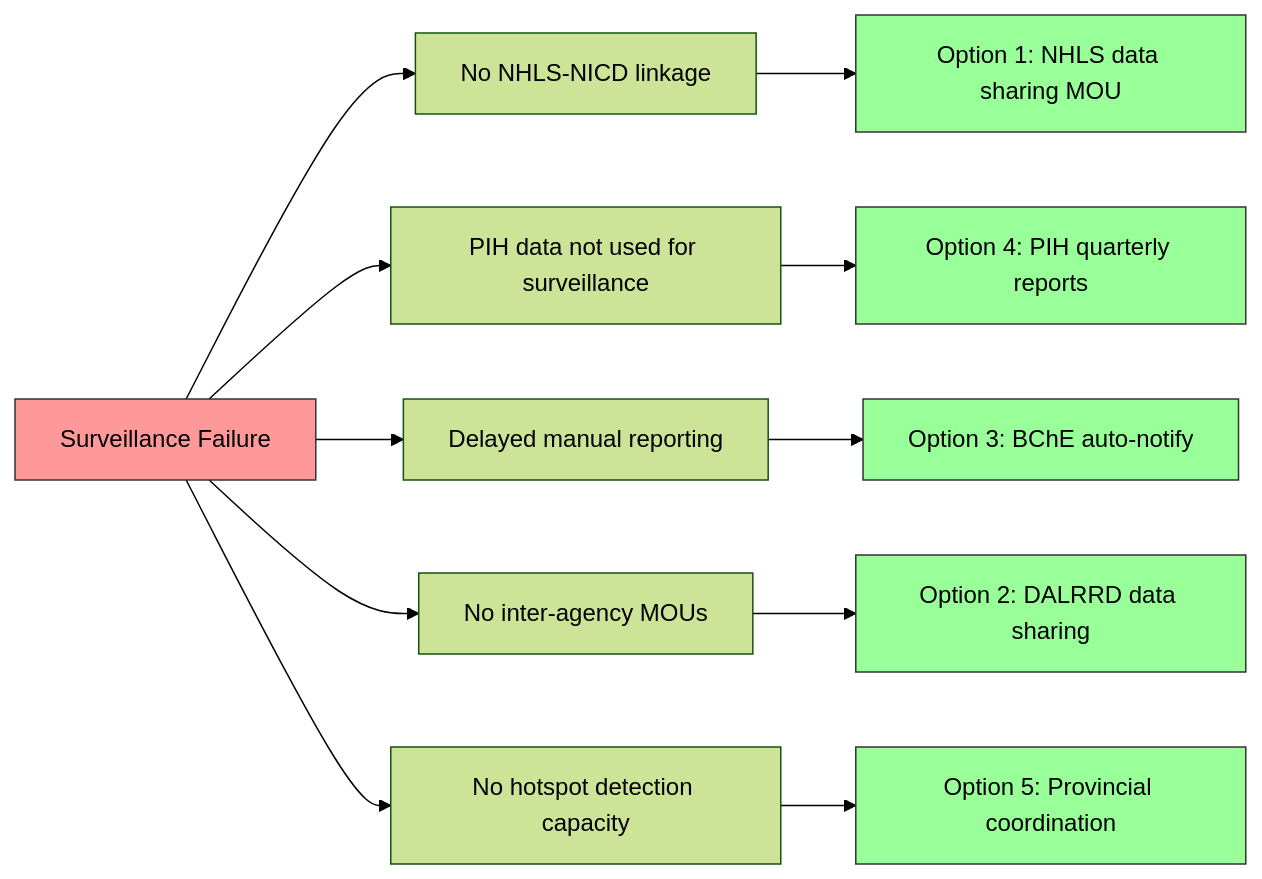
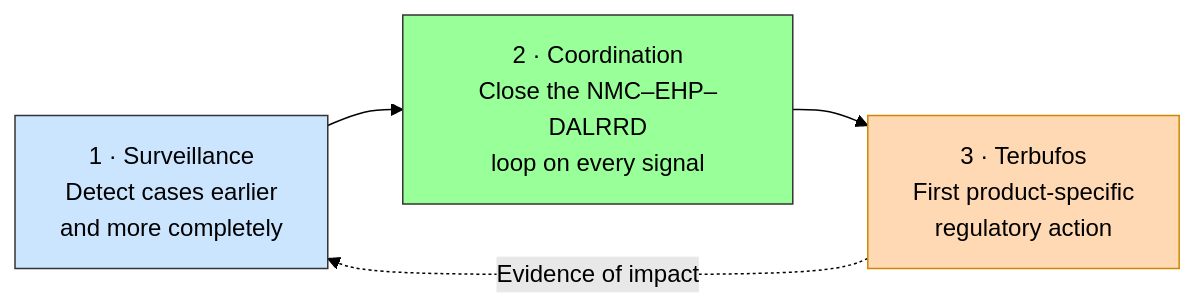
The diagram in posts/policy_brief.qmd (bridaybrummer/D2P_project), drawn with Mermaid (forest theme) before and after one commit. The commit also changed other lines of this file and 4 other files, not shown here.

Commit message:
Restructure into three policy docs (surveillance, coordination, terbufos) + shared parameters include

````diff
--- a/posts/policy_brief.qmd
+++ b/posts/policy_brief.qmd
@@ -43,23 +43,12 @@
 ```{mermaid}
-%%| label: fig-fishbone
-%%| fig-cap: "Root causes of surveillance failure and the policy options that address them"
+%%| label: fig-hub-overview
+%%| fig-cap: "The three briefs operate as one system. Surveillance produces the signal; coordination ensures it leads to action; product-specific regulation (starting with terbufos) is the first concrete output the upgraded system should deliver."
 flowchart LR
-    A[Surveillance Failure] --> B[No NHLS-NICD linkage]
-    A --> C[PIH data not used for surveillance]
-    A --> D[Delayed manual reporting]
-    A --> E[No inter-agency MOUs]
-    A --> F[No hotspot detection capacity]
-    
-    B --> G[Option 1: NHLS data sharing MOU]
-    C --> H[Option 4: PIH quarterly reports]
-    D --> I[Option 3: BChE auto-notify]
-    E --> J[Option 2: DALRRD data sharing]
-    F --> K[Option 5: Provincial coordination]
-    
-    style A fill:#f99,stroke:#333
-    style G fill:#9f9,stroke:#333
-    style H fill:#9f9,stroke:#333
-    style I fill:#9f9,stroke:#333
-    style J fill:#9f9,stroke:#333
-    style K fill:#9f9,stroke:#333
+    S[1 · Surveillance<br/>Detect cases earlier<br/>and more completely] --> C[2 · Coordination<br/>Close the NMC–EHP–DALRRD<br/>loop on every signal]
+    C --> R[3 · Terbufos<br/>First product-specific<br/>regulatory action]
+    R -.Evidence of impact.-> S
+
+    style S fill:#cce5ff,stroke:#333
+    style C fill:#9f9,stroke:#333
+    style R fill:#ffd9b3,stroke:#cc8800
 ```
````
